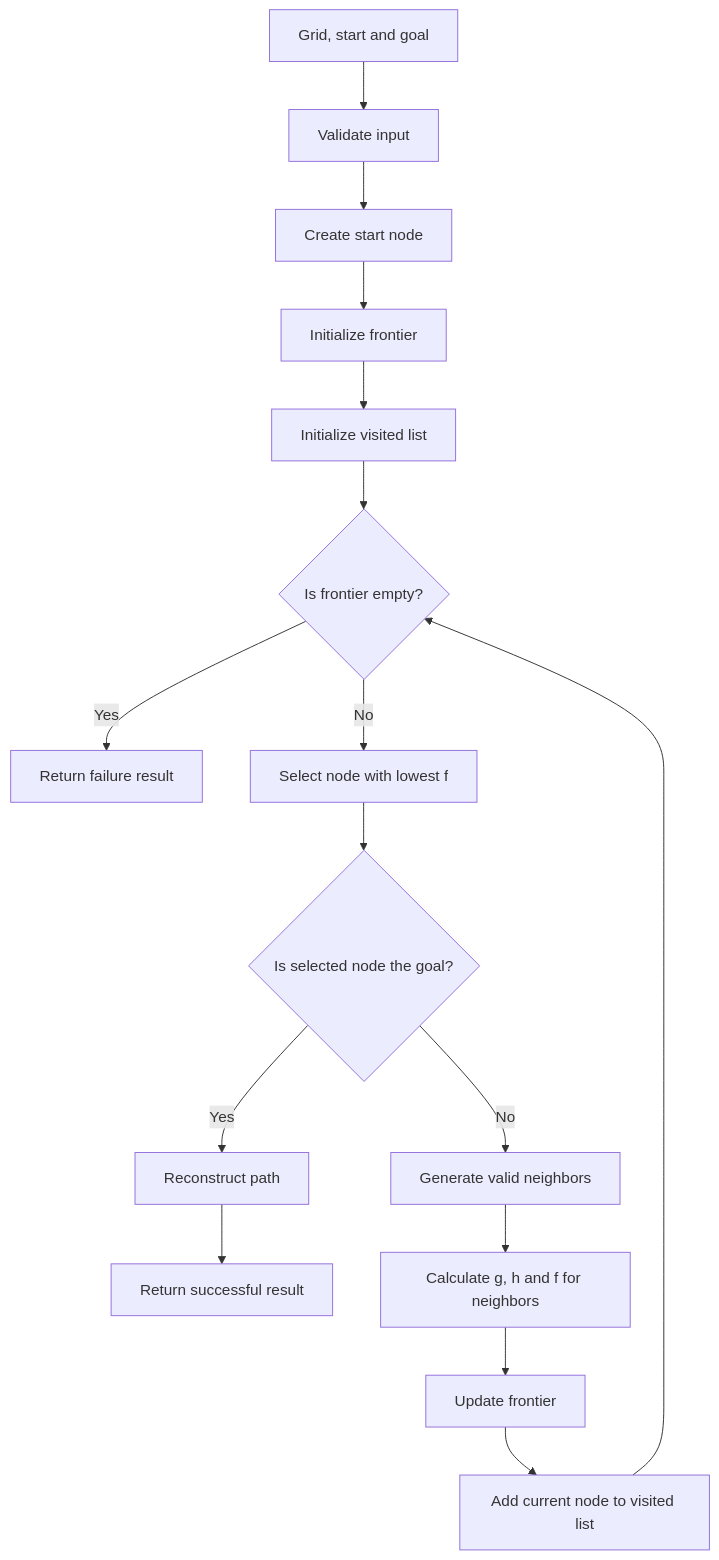
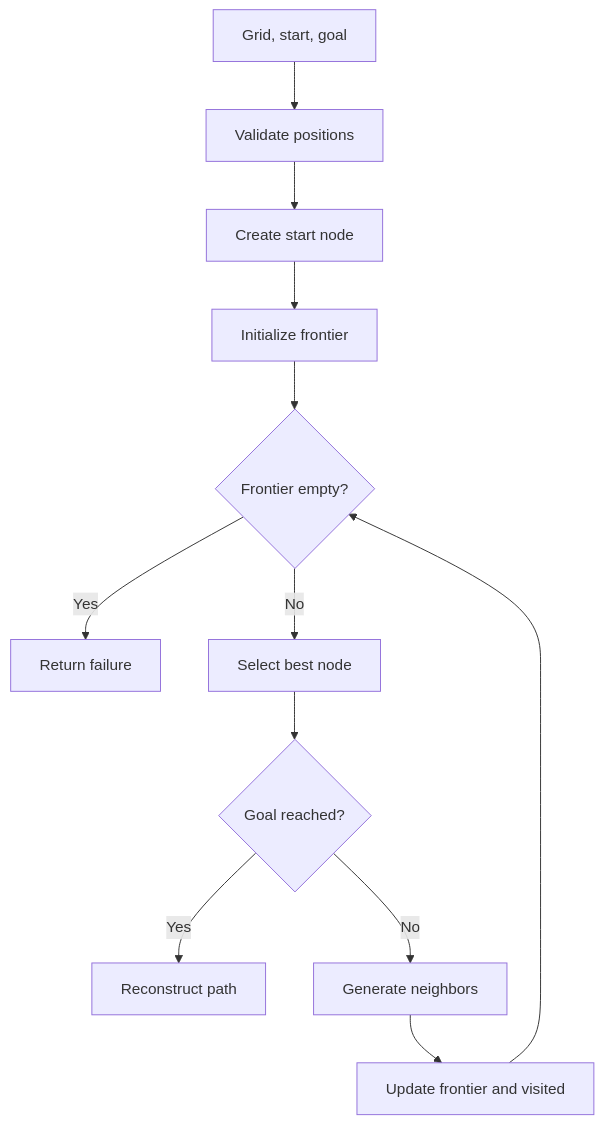
One commit to Berthou05/TC2037-Paradigm changed the first of 4 diagrams in README.md. Above: the diagram before and after it, drawn with Mermaid. The commit also changed other lines of this file and 20 other files, not shown here.

Commit message:
Updated version with mermaid and visualization

````diff
--- a/README.md
+++ b/README.md
@@ -130,21 +268,14 @@
 ```mermaid
 flowchart TD
-    A[Grid, start and goal] --> B[Validate input]
-    B --> C[Create start node]
-    C --> D[Initialize frontier]
-    D --> E[Initialize visited list]
-    E --> F{Is frontier empty?}
-
-    F -->|Yes| G[Return failure result]
-    F -->|No| H[Select node with lowest f]
-
-    H --> I{Is selected node the goal?}
-    I -->|Yes| J[Reconstruct path]
-    J --> K[Return successful result]
-
-    I -->|No| L[Generate valid neighbors]
-    L --> M[Calculate g, h and f for neighbors]
-    M --> N[Update frontier]
-    N --> O[Add current node to visited list]
-    O --> F
+    A["Grid, start, goal"] --> B["Validate positions"]
+    B --> C["Create start node"]
+    C --> D["Initialize frontier"]
+    D --> E{"Frontier empty?"}
+    E -->|"Yes"| F["Return failure"]
+    E -->|"No"| G["Select best node"]
+    G --> H{"Goal reached?"}
+    H -->|"Yes"| I["Reconstruct path"]
+    H -->|"No"| J["Generate neighbors"]
+    J --> K["Update frontier and visited"]
+    K --> E
 ```
````
